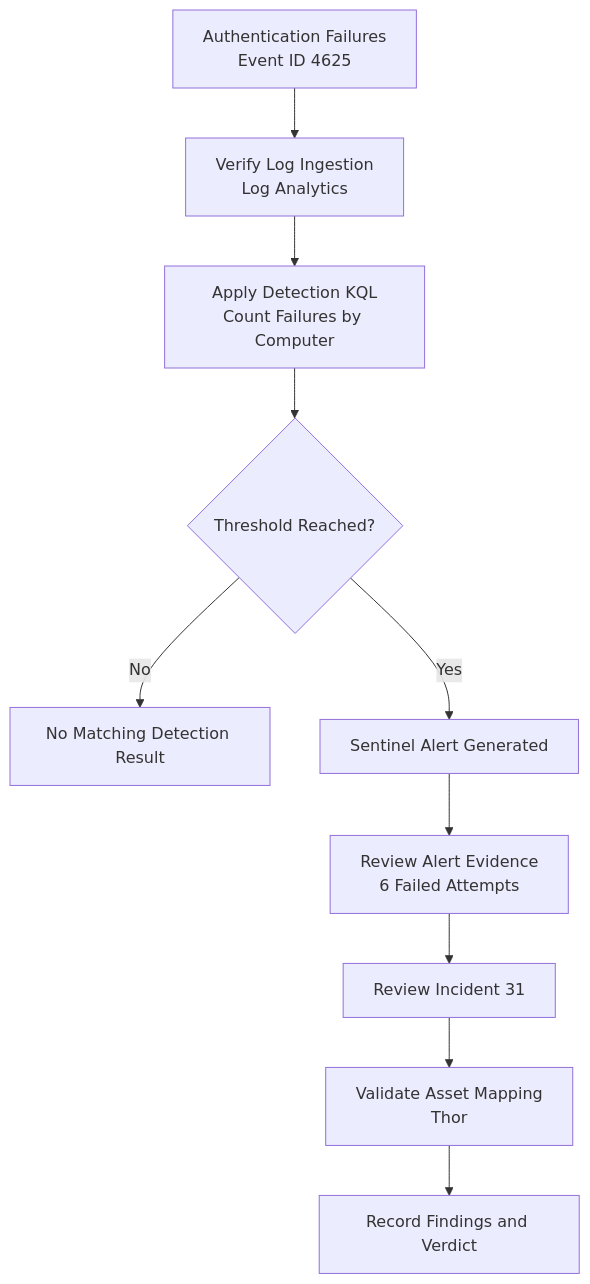
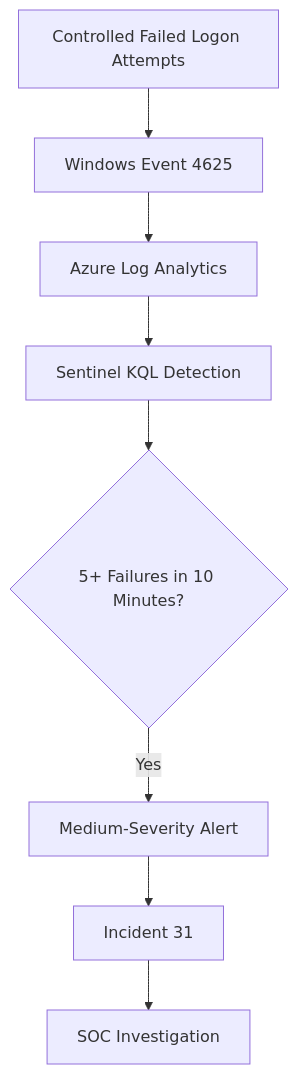
Before and after one commit to CyberAmal/microsoft-sentinel-cloud-soc: the second of 2 diagrams in investigations/01-windows-failed-logons/README.md, drawn with Mermaid. The commit also changed other lines of this file, not shown here.

````diff
--- a/investigations/01-windows-failed-logons/README.md
+++ b/investigations/01-windows-failed-logons/README.md
@@ -253,23 +100,10 @@
 ```mermaid
 flowchart TD
-    A["Authentication Failures<br/>Event ID 4625"]
-    B["Verify Log Ingestion<br/>Log Analytics"]
-    C["Apply Detection KQL<br/>Count Failures by Computer"]
-    D{"Threshold Reached?"}
-    E["No Matching Detection Result"]
-    F["Sentinel Alert Generated"]
-    G["Review Alert Evidence<br/>6 Failed Attempts"]
-    H["Review Incident 31"]
-    I["Validate Asset Mapping<br/>Thor"]
-    J["Record Findings and Verdict"]
-
-    A --> B
-    B --> C
-    C --> D
-    D -->|No| E
-    D -->|Yes| F
-    F --> G
-    G --> H
-    H --> I
-    I --> J
+    A["Controlled Failed Logon Attempts"] --> B["Windows Event 4625"]
+    B --> C["Azure Log Analytics"]
+    C --> D["Sentinel KQL Detection"]
+    D --> E{"5+ Failures in 10 Minutes?"}
+    E -->|Yes| F["Medium-Severity Alert"]
+    F --> G["Incident 31"]
+    G --> H["SOC Investigation"]
 ```
````
